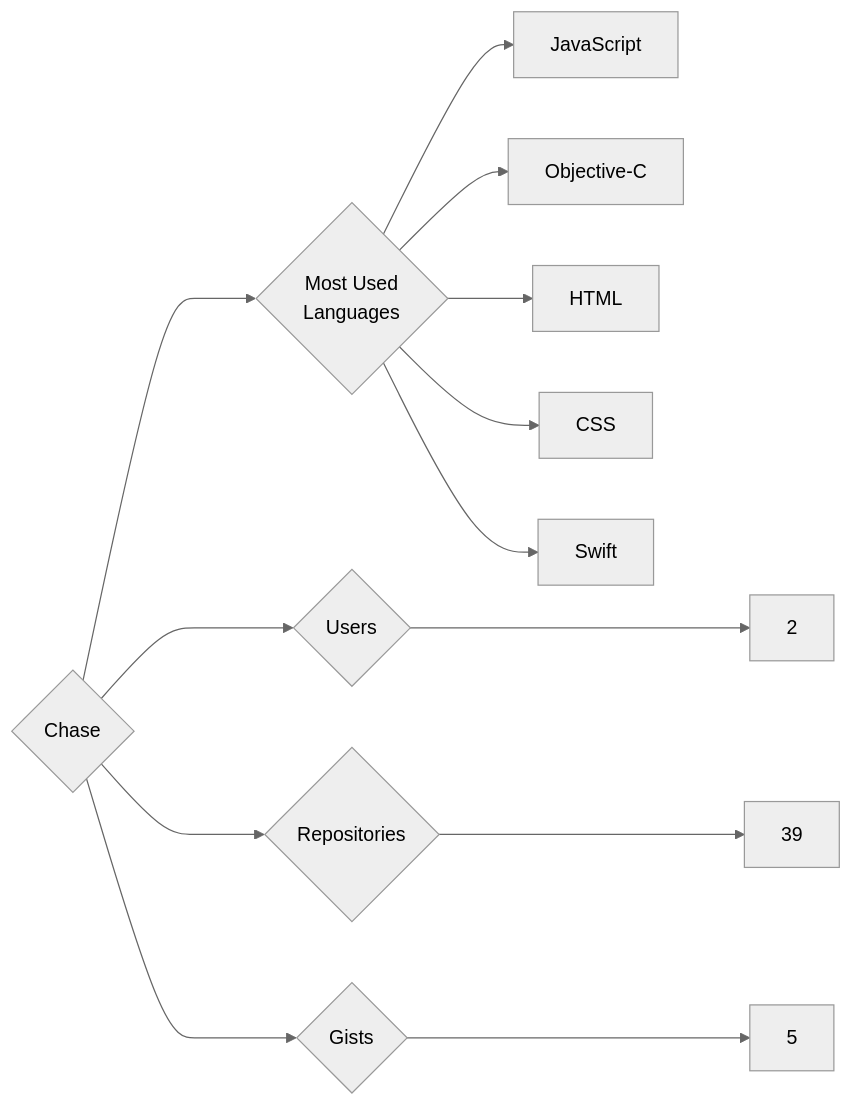
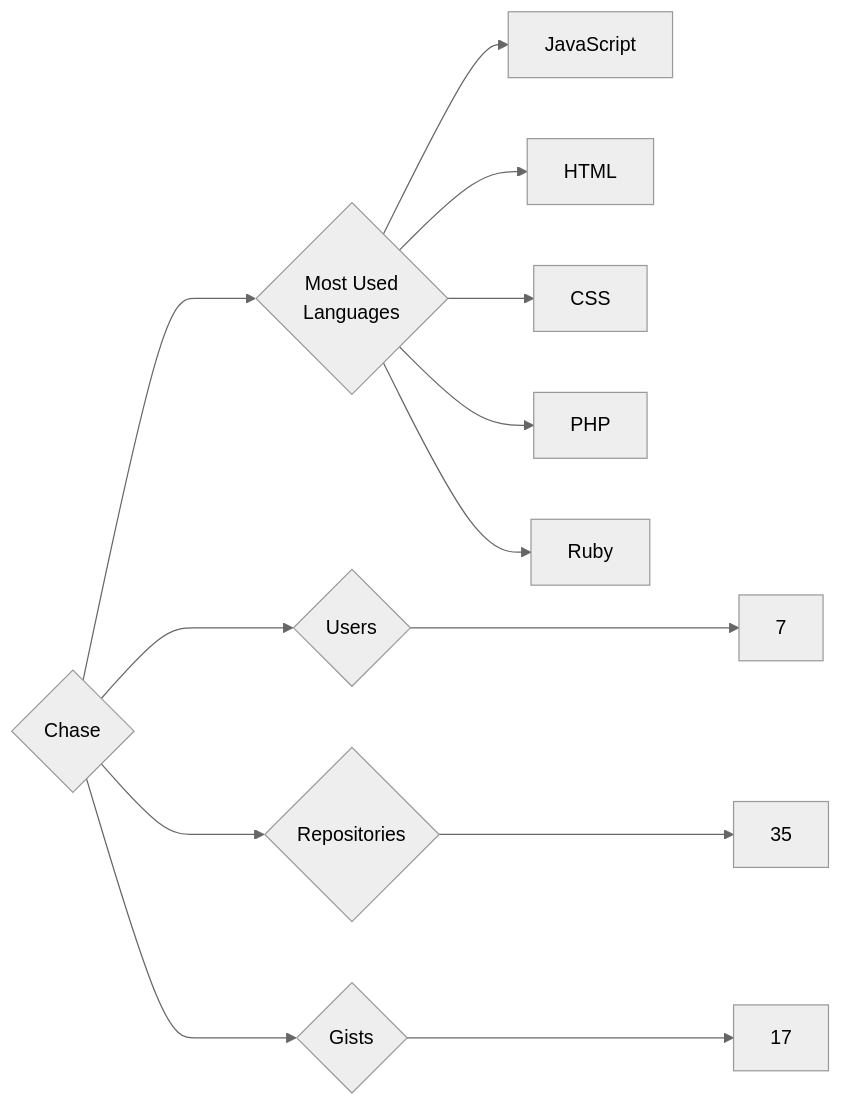
One commit to trickest/insiders changed the diagram in targets/Chase/README.md. Above: the diagram before and after it, drawn with Mermaid (neutral theme). The commit also changed 1175 other files, not shown here.

````diff
--- a/targets/Chase/README.md
+++ b/targets/Chase/README.md
@@ -3,13 +3,13 @@
 ```mermaid
 graph LR
 COMPANY_NAME{Chase}
-COMPANY_NAME ---> U{Users} ---> UN[2]
-COMPANY_NAME ---> R{Repositories} ---> RN[39]
-COMPANY_NAME ---> G{Gists} ---> GN[5]
+COMPANY_NAME ---> U{Users} ---> UN[7]
+COMPANY_NAME ---> R{Repositories} ---> RN[35]
+COMPANY_NAME ---> G{Gists} ---> GN[17]
 COMPANY_NAME ---> ML{Most Used<br>Languages}
 ML --> JavaScript[JavaScript]
-ML --> Objective-C[Objective-C]
 ML --> HTML[HTML]
 ML --> CSS[CSS]
-ML --> Swift[Swift]
+ML --> PHP[PHP]
+ML --> Ruby[Ruby]
 ```
````
